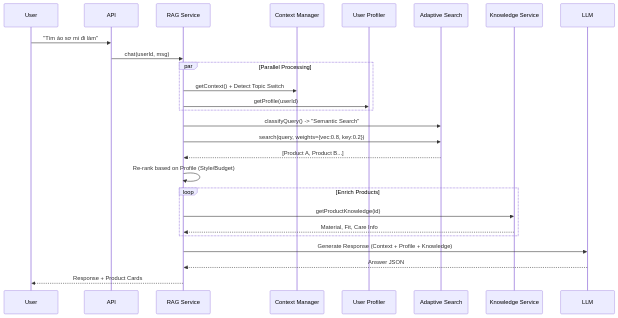
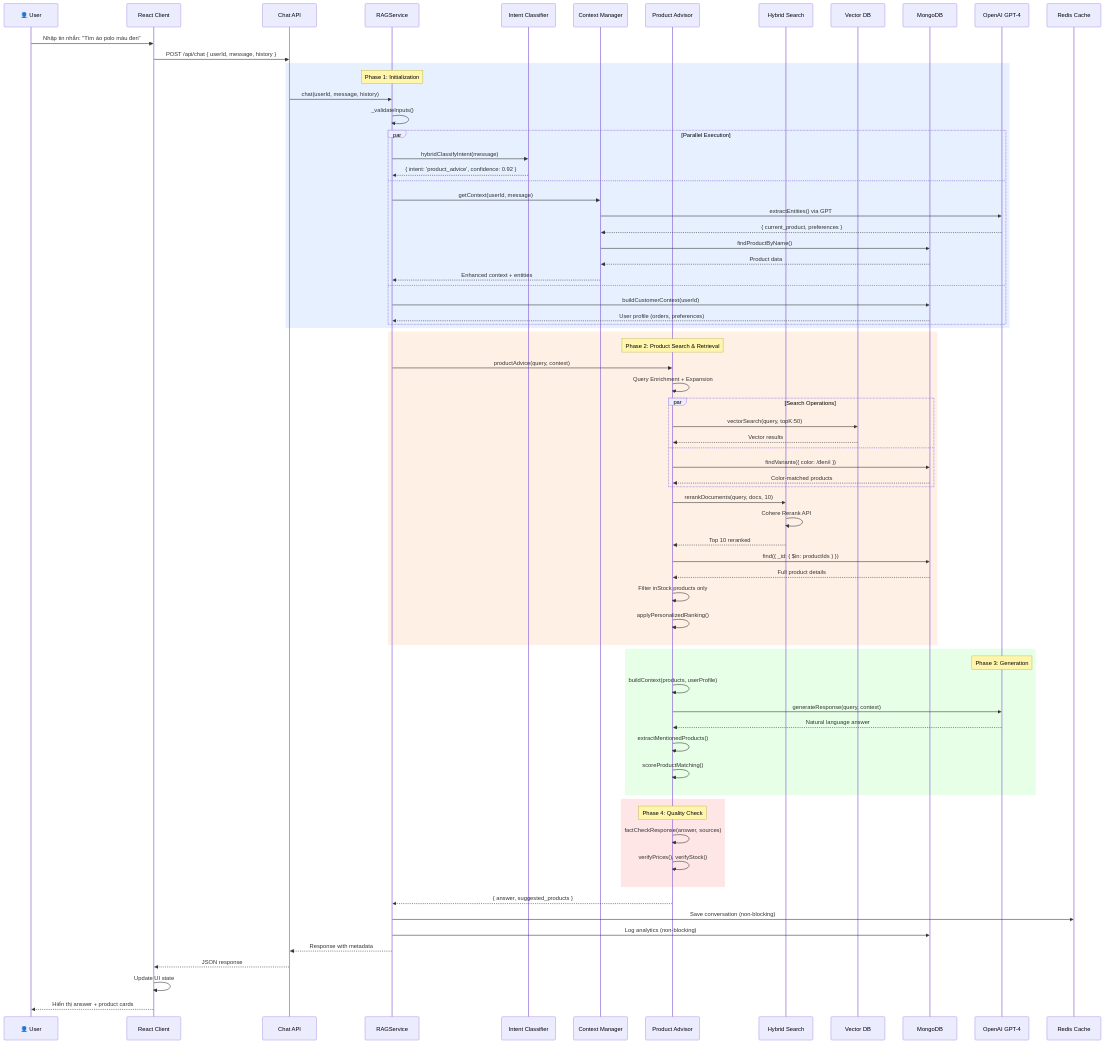
The diagram in .agent/workflow/RAG/RAG.md (nguyen-le-huy/devenir), drawn with Mermaid before and after one commit. The commit also changed other lines of this file and 7 other files, not shown here.

````diff
--- a/.agent/workflow/RAG/RAG.md
+++ b/.agent/workflow/RAG/RAG.md
@@ -127,34 +74,87 @@
 ```mermaid
 sequenceDiagram
-    participant User
-    participant API
-    participant RAG as RAG Service
+    participant User as 👤 User
+    participant Client as React Client
+    participant API as Chat API
+    participant RAG as RAGService
+    participant Intent as Intent Classifier
     participant Context as Context Manager
-    participant Profile as User Profiler
-    participant Search as Adaptive Search
-    participant Knowledge as Knowledge Service
-    participant LLM
+    participant Advisor as Product Advisor
+    participant Search as Hybrid Search
+    participant Pinecone as Vector DB
+    participant Mongo as MongoDB
+    participant LLM as OpenAI GPT-4
+    participant Cache as Redis Cache
 
-    User->>API: "Tìm áo sơ mi đi làm"
-    API->>RAG: chat(userId, msg)
+    User->>Client: Nhập tin nhắn: "Tìm áo polo màu đen"
+    Client->>API: POST /api/chat { userId, message, history }
     
-    par Parallel Processing
-        RAG->>Context: getContext() + Detect Topic Switch
-        RAG->>Profile: getProfile(userId)
+    rect rgb(230, 240, 255)
+        Note over RAG: Phase 1: Initialization
+        API->>RAG: chat(userId, message, history)
+        RAG->>RAG: _validateInputs()
+        
+        par Parallel Execution
+            RAG->>Intent: hybridClassifyIntent(message)
+            Intent-->>RAG: { intent: 'product_advice', confidence: 0.92 }
+        and
+            RAG->>Context: getContext(userId, message)
+            Context->>LLM: extractEntities() via GPT
+            LLM-->>Context: { current_product, preferences }
+            Context->>Mongo: findProductByName()
+            Mongo-->>Context: Product data
+            Context-->>RAG: Enhanced context + entities
+        and
+            RAG->>Mongo: buildCustomerContext(userId)
+            Mongo-->>RAG: User profile (orders, preferences)
+        end
     end
-    
-    RAG->>Search: classifyQuery() -> "Semantic Search"
-    RAG->>Search: search(query, weights={vec:0.8, key:0.2})
-    Search-->>RAG: [Product A, Product B...]
-    
-    RAG->>RAG: Re-rank based on Profile (Style/Budget)
-    
-    loop Enrich Products
-        RAG->>Knowledge: getProductKnowledge(id)
-        Knowledge-->>RAG: Material, Fit, Care Info
+
+    rect rgb(255, 240, 230)
+        Note over Advisor: Phase 2: Product Search & Retrieval
+        RAG->>Advisor: productAdvice(query, context)
+        Advisor->>Advisor: Query Enrichment + Expansion
+        
+        par Search Operations
+            Advisor->>Pinecone: vectorSearch(query, topK:50)
+            Pinecone-->>Advisor: Vector results
+        and
+            Advisor->>Mongo: findVariants({ color: /đen/i })
+            Mongo-->>Advisor: Color-matched products
+        end
+        
+        Advisor->>Search: rerankDocuments(query, docs, 10)
+        Search->>Search: Cohere Rerank API
+        Search-->>Advisor: Top 10 reranked
+        
+        Advisor->>Mongo: find({ _id: { $in: productIds } })
+        Mongo-->>Advisor: Full product details
+        
+        Advisor->>Advisor: Filter inStock products only
+        Advisor->>Advisor: applyPersonalizedRanking()
     end
-    
-    RAG->>LLM: Generate Response (Context + Profile + Knowledge)
-    LLM-->>RAG: Answer JSON
-    RAG-->>User: Response + Product Cards
+
+    rect rgb(230, 255, 230)
+        Note over LLM: Phase 3: Generation
+        Advisor->>Advisor: buildContext(products, userProfile)
+        Advisor->>LLM: generateResponse(query, context)
+        LLM-->>Advisor: Natural language answer
+        
+        Advisor->>Advisor: extractMentionedProducts()
+        Advisor->>Advisor: scoreProductMatching()
+    end
+
+    rect rgb(255, 230, 230)
+        Note over Advisor: Phase 4: Quality Check
+        Advisor->>Advisor: factCheckResponse(answer, sources)
+        Advisor->>Advisor: verifyPrices(), verifyStock()
+    end
+
+    Advisor-->>RAG: { answer, suggested_products }
+    RAG->>Cache: Save conversation (non-blocking)
+    RAG->>Mongo: Log analytics (non-blocking)
+    RAG-->>API: Response with metadata
+    API-->>Client: JSON response
+    Client->>Client: Update UI state
+    Client-->>User: Hiển thị answer + product cards
 ```
````
